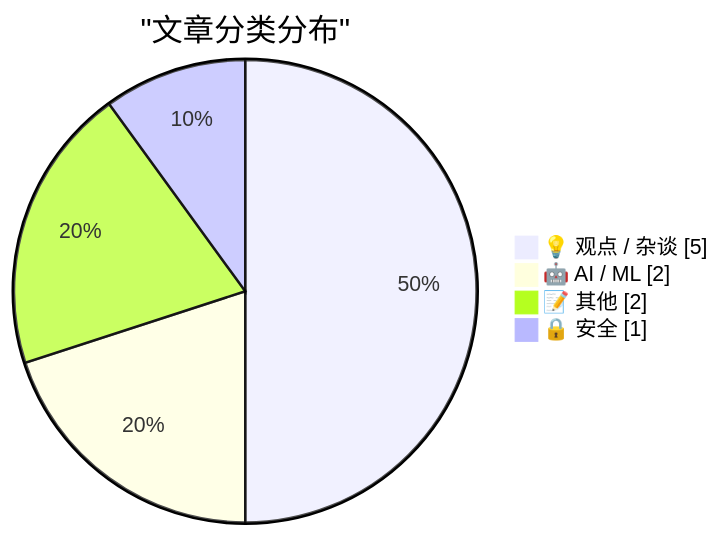
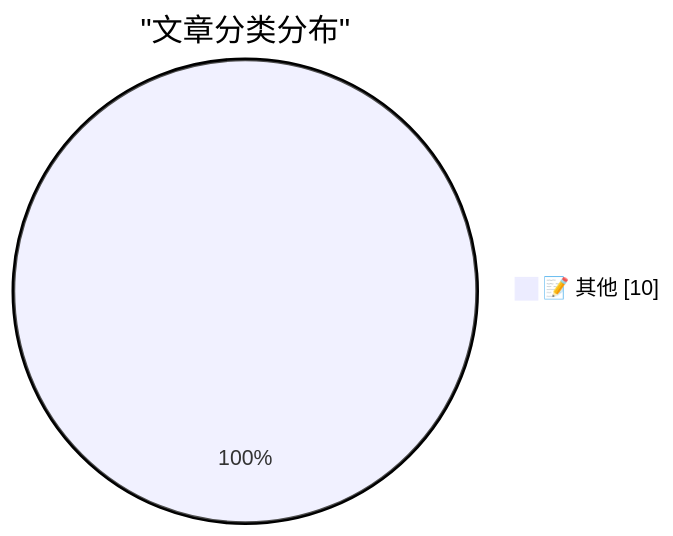
The diagram in content/ai-daily/2026-04-21.md (originem0/SZBlog), drawn with Mermaid before and after one commit. The commit also changed other lines of this file, not shown here.

````diff
--- a/content/ai-daily/2026-04-21.md
+++ b/content/ai-daily/2026-04-21.md
@@ -48,8 +42,5 @@
 ```mermaid
 pie showData
     title "文章分类分布"
-    "💡 观点 / 杂谈" : 5
-    "🤖 AI / ML" : 2
-    "📝 其他" : 2
-    "🔒 安全" : 1
+    "📝 其他" : 10
 ```
````
